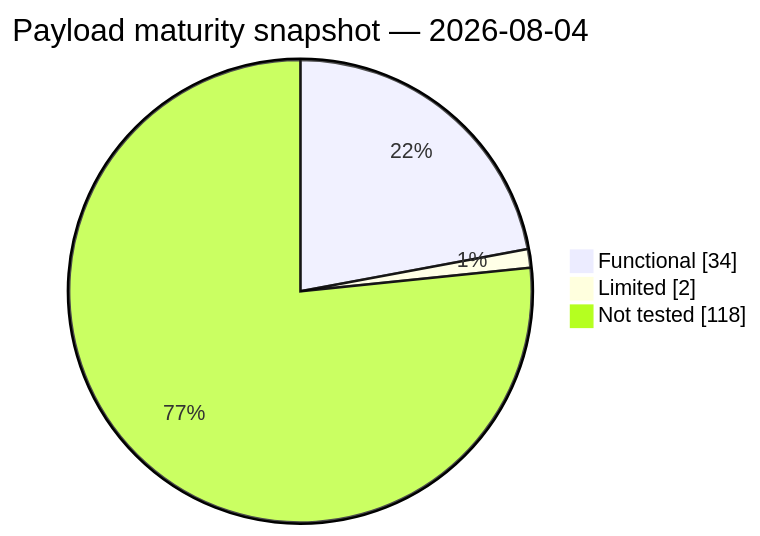
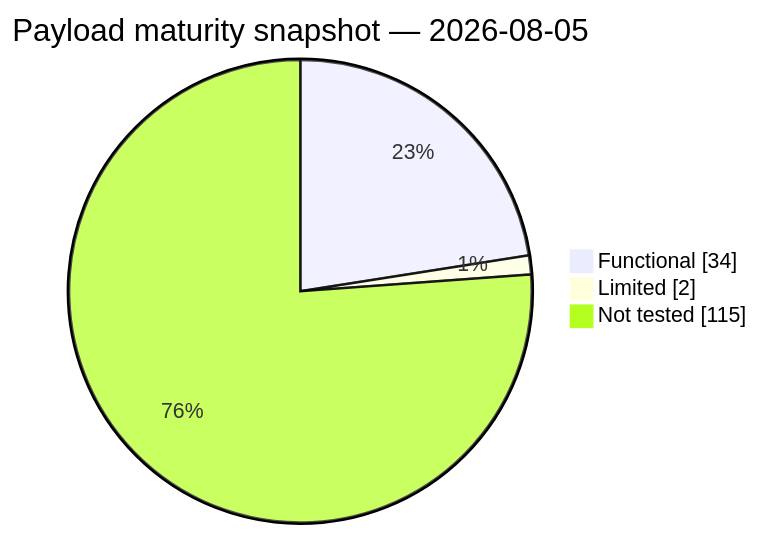
The second of 2 diagrams in docs/ROADMAP.md (kanedasec/citypop), drawn with Mermaid before and after one commit. The commit also changed other lines of this file and 13 other files, not shown here.

````diff
--- a/docs/ROADMAP.md
+++ b/docs/ROADMAP.md
@@ -82,7 +83,7 @@
 ```mermaid
 pie showData
-    title Payload maturity snapshot — 2026-08-04
+    title Payload maturity snapshot — 2026-08-05
     "Functional" : 34
     "Limited" : 2
-    "Not tested" : 118
+    "Not tested" : 115
 ```
````
